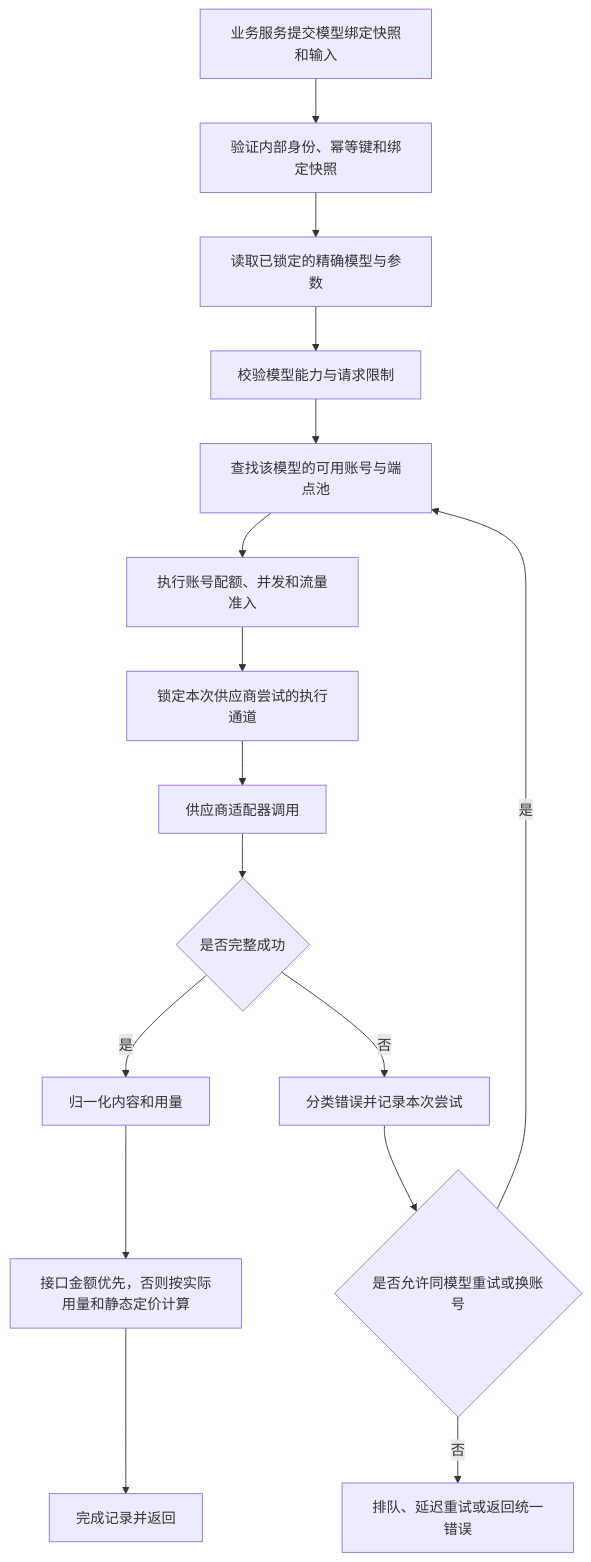
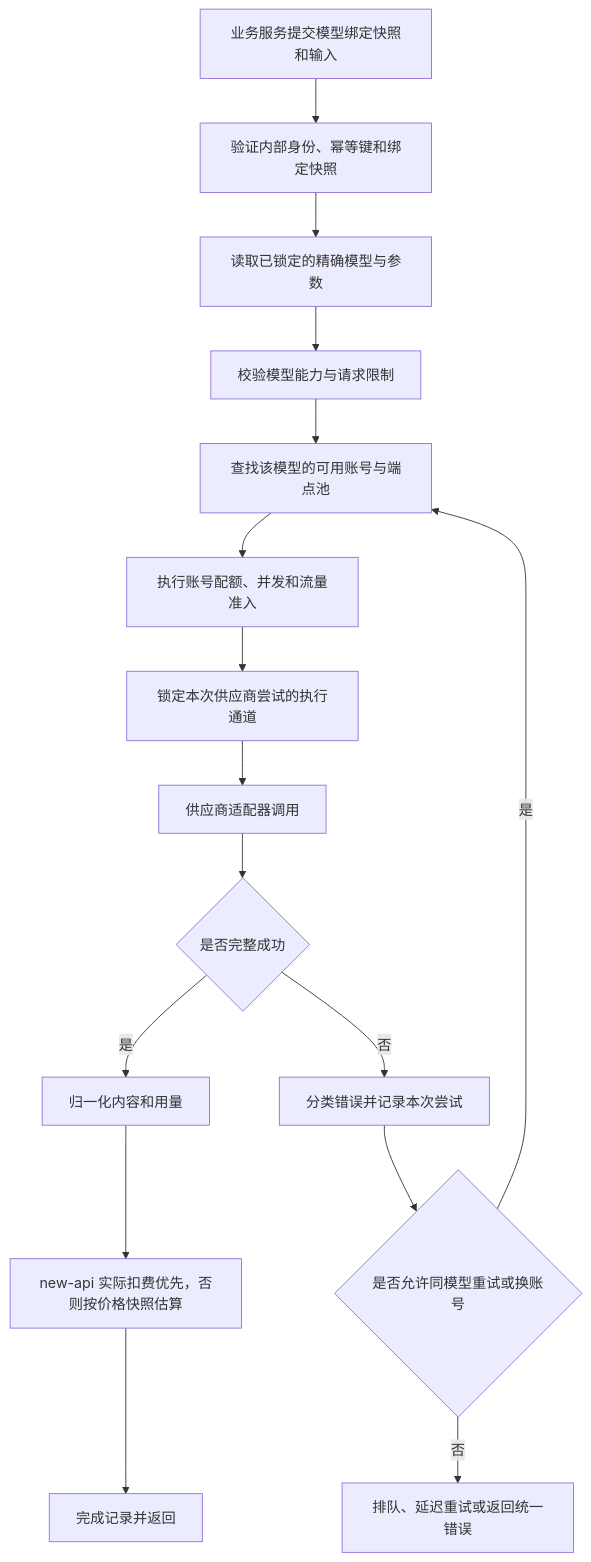
One commit to Dorian7Alden/LeetModel changed the second of 2 diagrams in docs/project/03-微服务设计/ai-gateway-service/01-统一调用与路由.md. Above: the diagram before and after it, drawn with Mermaid. The commit also changed other lines of this file and 18 other files, not shown here.

````diff
--- a/docs/project/03-微服务设计/ai-gateway-service/01-统一调用与路由.md
+++ b/docs/project/03-微服务设计/ai-gateway-service/01-统一调用与路由.md
@@ -26,18 +26,18 @@
 ```mermaid
 flowchart TD
     A[业务服务提交模型绑定快照和输入] --> B[验证内部身份、幂等键和绑定快照]
     B --> C[读取已锁定的精确模型与参数]
     C --> D[校验模型能力与请求限制]
     D --> E[查找该模型的可用账号与端点池]
     E --> F[执行账号配额、并发和流量准入]
     F --> G[锁定本次供应商尝试的执行通道]
     G --> H[供应商适配器调用]
     H --> I{是否完整成功}
     I -- 是 --> J[归一化内容和用量]
-    J --> K[接口金额优先，否则按实际用量和静态定价计算]
+    J --> K[new-api 实际扣费优先，否则按价格快照估算]
     K --> L[完成记录并返回]
     I -- 否 --> M[分类错误并记录本次尝试]
     M --> N{是否允许同模型重试或换账号}
     N -- 是 --> E
     N -- 否 --> O[排队、延迟重试或返回统一错误]
 ```
````
